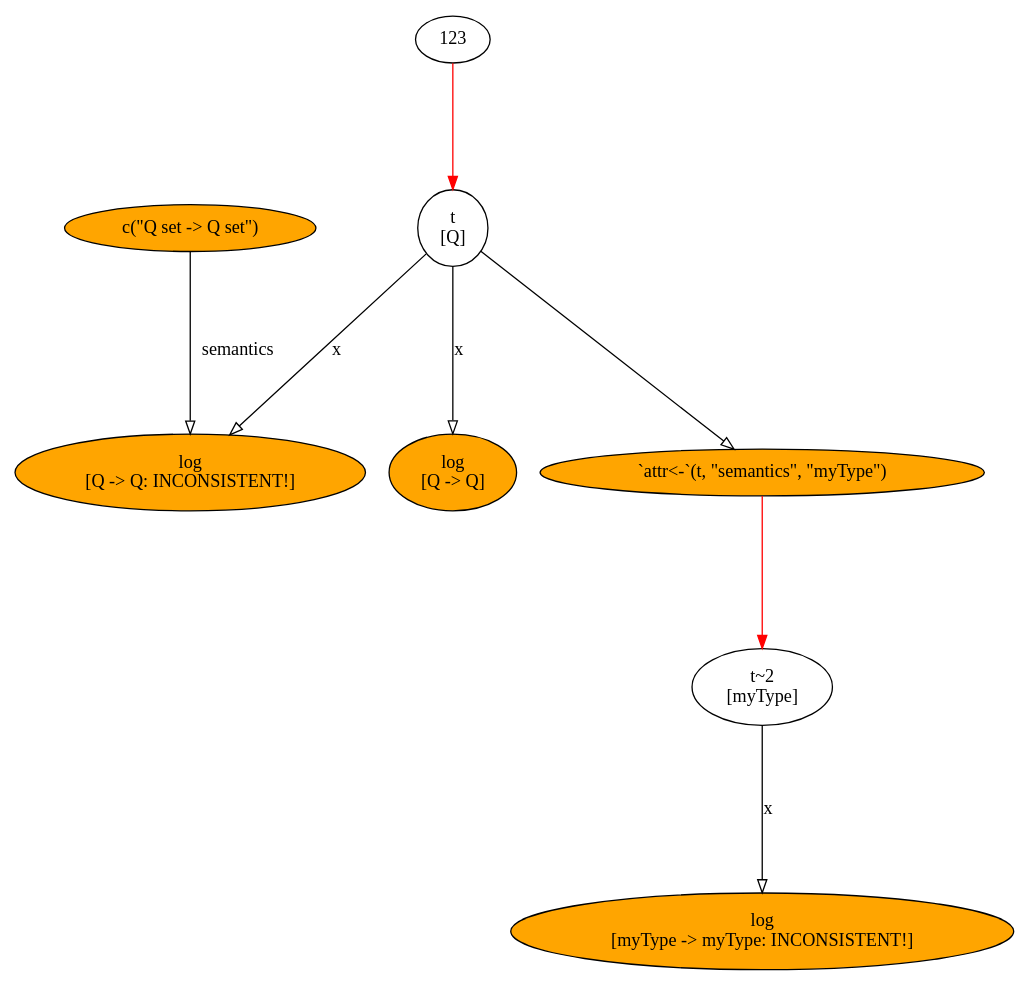
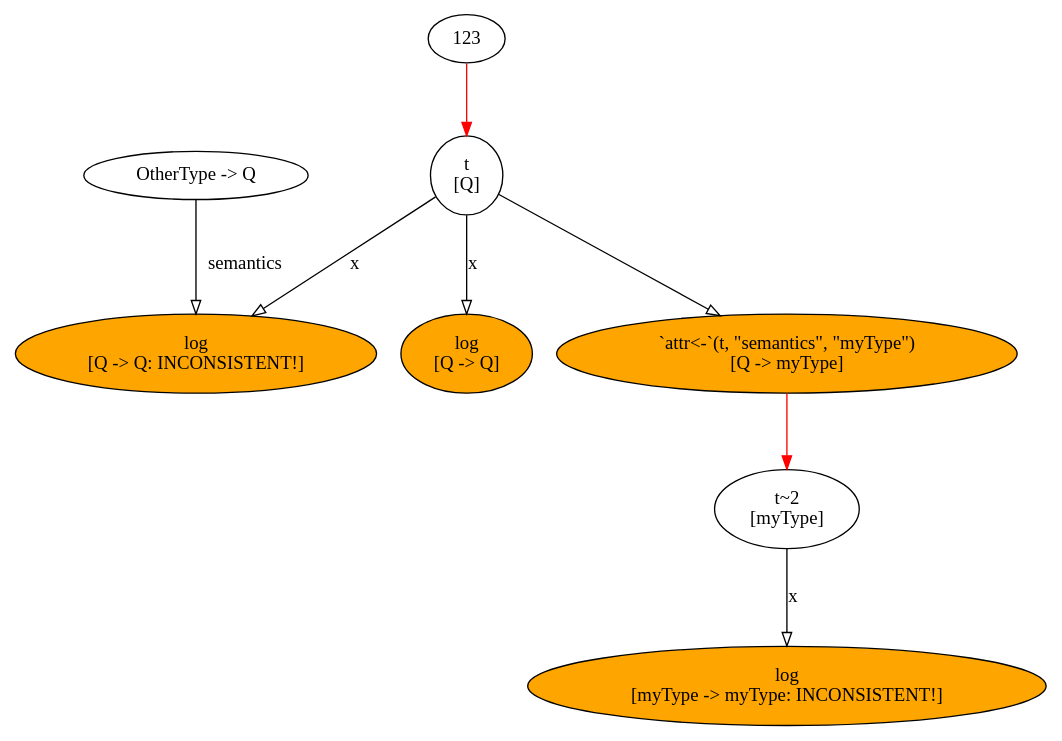
Before and after one commit to MatthiasHinz/AlgebR: the diagram in output/inconsistentGraph.dot, drawn with Graphviz. The commit also changed 3 other files, not shown here.

Commit message:
Small bugfix and update of inconsistent-Graph example

```diff
--- a/output/inconsistentGraph.dot
+++ b/output/inconsistentGraph.dot
@@ -1,21 +1,22 @@
 digraph f {
-	graph [bgcolor=transparent, fontcolor=black, ratio=fill, splines=TRUE, rank=same, size="6.99,6.99", rankdir=TB];
+	graph [bgcolor=transparent, fontcolor=black, ratio=fill, splines=TRUE, rank=same, size="7.30208333333333,5.14583333333333", rankdir=TB];
 	node [label="\N", shape=ellipse, fixedsize=FALSE, fillcolor=white, style=filled, color=black, fontcolor=black, fontsize=14, height="0.5", width="0.75"];
 	edge [headport=center, style=solid, arrowhead=normal, color=black, dir=none, weight="1.0", fontcolor=black, arrowtail=none, fontsize=14, labelfontsize=11, arrowsize=1, minlen=1];
-	graph [bb="0,0,699,699"];
-	t [label="t \n[Q]", height="0.8171", pos="314,541"];
-	lt_GEYKOq [label=123, pos="314,672"];
-	fcall_qXuTJB [label="log\n[Q -> Q]", fillcolor=orange, height="0.8171", width="1.2781", pos="314,368"];
-	fcall_INMnAT [label="log\n[Q -> Q: INCONSISTENT!]", fillcolor=orange, height="0.8171", width="3.4788", pos="125,368"];
-	fcall_NiSsGD [label="c(\"Q set -> Q set\")", fillcolor=orange, width="2.3103", pos="125,541"];
-	"t~2" [label="t~2 \n[myType]", height="0.8171", width="1.4013", pos="522,219"];
-	fcall_nyCVfW [label="`attr<-`(t, \"semantics\", \"myType\")", fillcolor=orange, width="3.9831", pos="522,368"];
-	fcall_20Qy5v [label="log\n[myType -> myType: INCONSISTENT!]", fillcolor=orange, height="0.8171", width="4.919", pos="522,46"];
-	t -> fcall_qXuTJB:center [arrowhead=onormal, dir=forward, weight=1, label=x, pos="e,314,397.43 314,511.38 314,482.93 314,439.12 314,407.6", lp="317.5,454"];
-	t -> fcall_INMnAT:center [arrowhead=onormal, dir=forward, weight=1, label=x, pos="e,155.52,396.61 293.41,521.37 262.2,493.13 202.38,439.01 163.09,403.46", lp="229.5,454"];
-	t -> fcall_nyCVfW:center [arrowhead=onormal, dir=forward, weight=1, pos="e,501.26,386.05 335.48,522.34 373.13,491.38 451.08,427.3 493.31,392.59"];
-	lt_GEYKOq -> t:center [color=red, dir=forward, weight=1, pos="e,314,570.58 314,653.87 314,635.28 314,604.99 314,580.61"];
-	fcall_NiSsGD -> fcall_INMnAT:center [arrowhead=onormal, dir=forward, weight=1, label=semantics, pos="e,125,397.53 125,522.98 125,496.3 125,443.95 125,407.74", lp="152.6,454"];
-	"t~2" -> fcall_20Qy5v:center [arrowhead=onormal, dir=forward, weight=1, label=x, pos="e,522,75.43 522,189.38 522,160.93 522,117.12 522,85.605", lp="525.5,132"];
-	fcall_nyCVfW -> "t~2":center [color=red, dir=forward, weight=1, pos="e,522,248.63 522,349.85 522,327.63 522,288.23 522,258.64"];
+	graph [bb="0,0,702,493.8"];
+	t [label="t \n[Q]", height="0.8171", pos="314,382"];
+	lt_F3SoEm [label=123, pos="314,474"];
+	fcall_hXLNV3 [label="log\n[Q -> Q]", fillcolor=orange, height="0.8171", width="1.2781", pos="314,260"];
+	fcall_a6adJE [label="log\n[Q -> Q: INCONSISTENT!]", fillcolor=orange, height="0.8171", width="3.4788", pos="125,260"];
+	lt_Z6gTaB [label="OtherType -> Q", width="2.0323", pos="125,382"];
+	"t~2" [label="t~2 \n[myType]", height="0.8171", width="1.4013", pos="525,155"];
+	expr_47iMv1 [label="`attr<-`(t, \"semantics\", \"myType\")
+[Q -> myType]", fillcolor=orange, height="0.8171", width="4.0888", pos="525,260"];
+	fcall_xWj9ml [label="log\n[myType -> myType: INCONSISTENT!]", fillcolor=orange, height="0.8171", width="4.919", pos="525,32"];
+	t -> fcall_hXLNV3:center [arrowhead=onormal, dir=forward, weight=1, label=x, pos="e,314,289.65 314,352.56 314,336.84 314,317.06 314,299.92", lp="317.5,321"];
+	t -> fcall_a6adJE:center [arrowhead=onormal, dir=forward, weight=1, label=x, pos="e,167.43,287.94 290.82,366.29 262.44,348.27 213.54,317.22 176.18,293.49", lp="234.5,321"];
+	t -> expr_47iMv1:center [arrowhead=onormal, dir=forward, weight=1, pos="e,477.43,288.05 337.79,367.47 369.29,349.56 425.81,317.41 468.54,293.11"];
+	lt_F3SoEm -> t:center [color=red, dir=forward, weight=1, pos="e,314,411.63 314,455.65 314,446.01 314,433.6 314,421.78"];
+	lt_Z6gTaB -> fcall_a6adJE:center [arrowhead=onormal, dir=forward, weight=1, label=semantics, pos="e,125,289.75 125,363.81 125,347.21 125,321.5 125,299.94", lp="152.6,321"];
+	"t~2" -> fcall_xWj9ml:center [arrowhead=onormal, dir=forward, weight=1, label=x, pos="e,525,61.469 525,125.32 525,109.35 525,89.241 525,71.87", lp="528.5,93"];
+	expr_47iMv1 -> "t~2":center [color=red, dir=forward, weight=1, pos="e,525,184.68 525,230.58 525,219.53 525,206.69 525,194.81"];
 }
```
